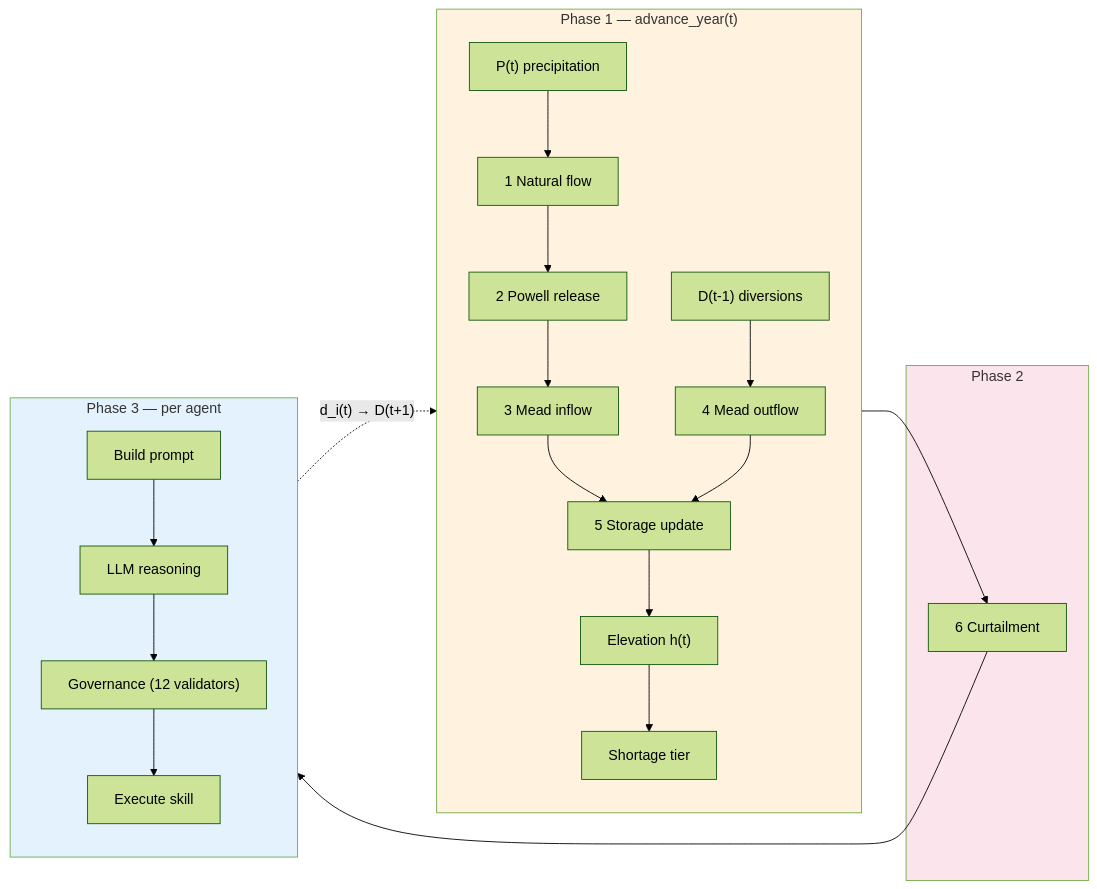
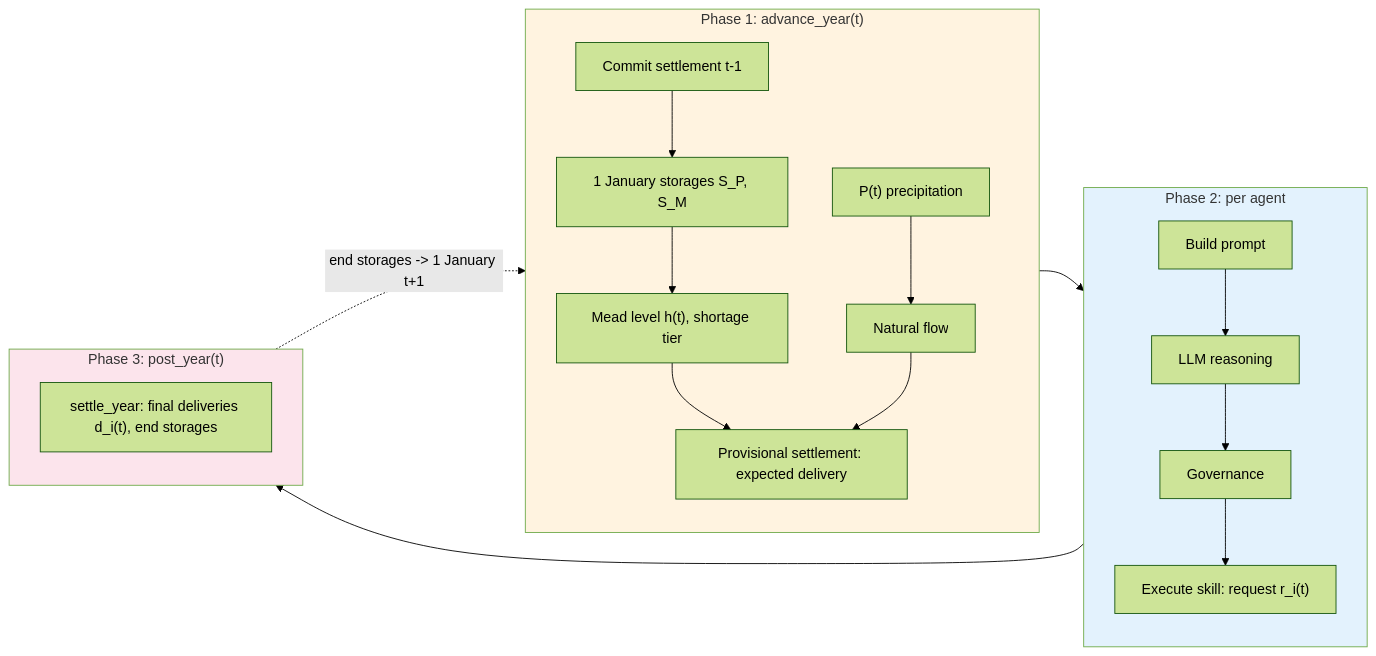
One commit to WenyuChiou/WAGF changed the diagram in examples/irrigation_abm/docs/irrigation_physics.md. Above: the diagram before and after it, drawn with Mermaid (forest theme). The commit also changed other lines of this file and 10 other files, not shown here.

First line of the commit message:
feat(irrigation): supply-side water balance with Lake Powell storage buffer

````diff
--- a/examples/irrigation_abm/docs/irrigation_physics.md
+++ b/examples/irrigation_abm/docs/irrigation_physics.md
@@ -124,33 +143,31 @@
 ```mermaid
 flowchart LR
-    subgraph P1 ["Phase 1 — advance_year(t)"]
+    subgraph P1 ["Phase 1: advance_year(t)"]
         direction TB
-        A["P(t) precipitation"] --> B["1 Natural flow"]
-        B --> C["2 Powell release"]
-        C --> D["3 Mead inflow"]
-        E["D(t-1) diversions"] --> F["4 Mead outflow"]
-        D --> G["5 Storage update"]
-        F --> G
-        G --> H["Elevation h(t)"]
-        H --> I["Shortage tier"]
+        A0["Commit settlement t-1"] --> H["1 January storages S_P, S_M"]
+        A["P(t) precipitation"] --> B["Natural flow"]
+        H --> I["Mead level h(t), shortage tier"]
+        I --> J["Provisional settlement: expected delivery"]
+        B --> J
     end
 
-    subgraph P2 ["Phase 2"]
-        J["6 Curtailment"]
+    subgraph P3 ["Phase 2: per agent"]
+        direction TB
+        K["Build prompt"] --> L["LLM reasoning"]
+        L --> M["Governance"]
+        M --> N["Execute skill: request r_i(t)"]
     end
 
-    subgraph P3 ["Phase 3 — per agent"]
+    subgraph P4 ["Phase 3: post_year(t)"]
         direction TB
-        K["Build prompt"] --> L["LLM reasoning"]
-        L --> M["Governance (12 validators)"]
-        M --> N["Execute skill"]
+        O["settle_year: final deliveries d_i(t), end storages"]
     end
 
-    I --> J
     J --> K
-    N -.->|"d_i(t) → D(t+1)"| E
+    N --> O
+    O -.->|"end storages -> 1 January t+1"| A0
 
     style P1 fill:#fff3e0
-    style P2 fill:#fce4ec
     style P3 fill:#e3f2fd
+    style P4 fill:#fce4ec
 ```
````
